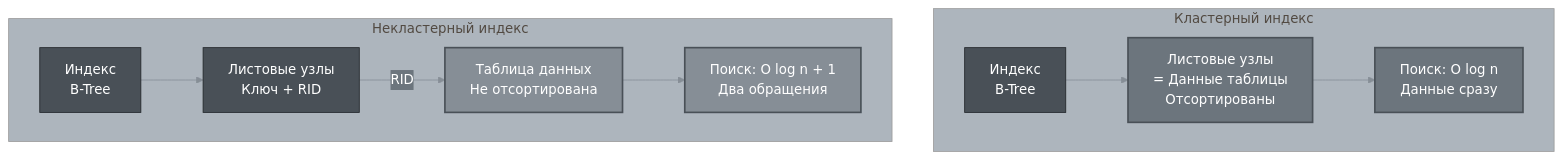
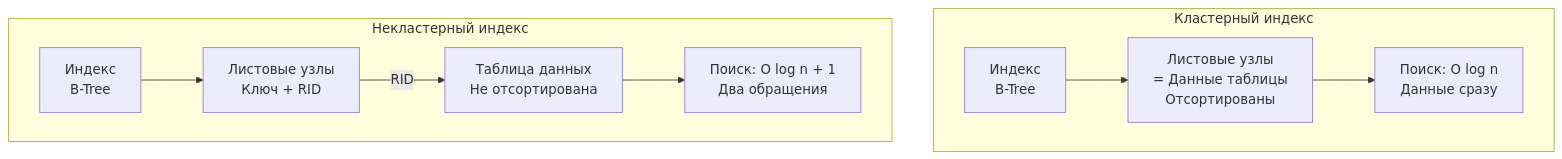
One commit to alx314vo/db_exam changed diagram 16 of 23 in db_exam.md. Above: the diagram before and after it, drawn with Mermaid. The commit also changed other lines of this file and 1 other file, not shown here.

````diff
--- a/db_exam.md
+++ b/db_exam.md
@@ -1125,19 +1062,14 @@
 ```mermaid
-%%{init: {'theme':'base', 'themeVariables': {'primaryColor':'#495057','primaryTextColor':'#fff','primaryBorderColor':'#212529','lineColor':'#868e96','secondaryColor':'#6c757d','tertiaryColor':'#adb5bd','background':'#ffffff','textColor':'#212529'}}}%%
 graph TB
     subgraph "Кластерный индекс"
         CI1[Индекс<br/>B-Tree] --> CI2[Листовые узлы<br/>= Данные таблицы<br/>Отсортированы]
         CI2 --> CI3[Поиск: O log n<br/>Данные сразу]
     end
     
     subgraph "Некластерный индекс"
         NCI1[Индекс<br/>B-Tree] --> NCI2[Листовые узлы<br/>Ключ + RID]
         NCI2 -->|RID| NCI3[Таблица данных<br/>Не отсортирована]
         NCI3 --> NCI4[Поиск: O log n + 1<br/>Два обращения]
     end
     
-    style CI2 fill:#6c757d,stroke:#495057,stroke-width:2px,color:#fff
-    style CI3 fill:#6c757d,stroke:#495057,stroke-width:2px,color:#fff
-    style NCI3 fill:#868e96,stroke:#495057,stroke-width:2px,color:#fff
-    style NCI4 fill:#868e96,stroke:#495057,stroke-width:2px,color:#fff
 ```
````
